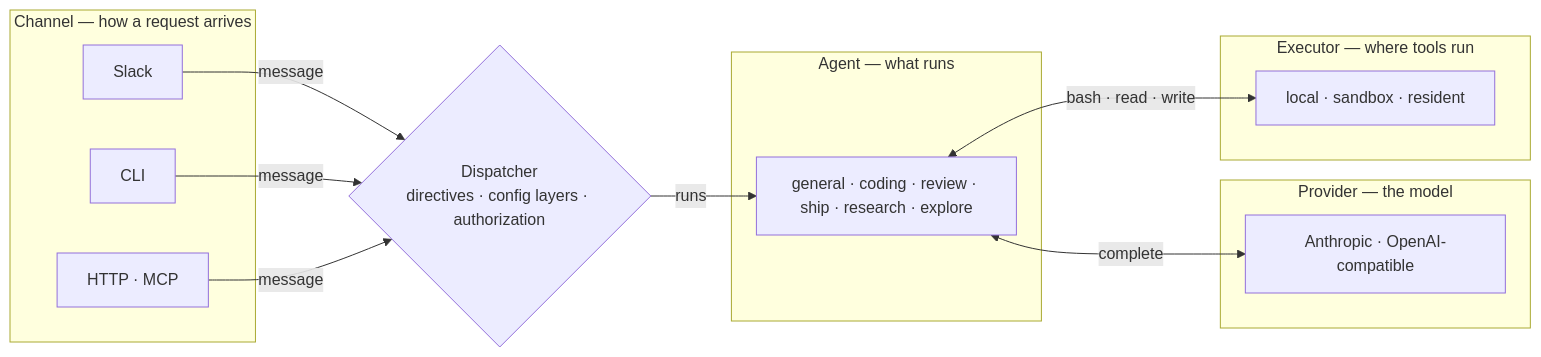
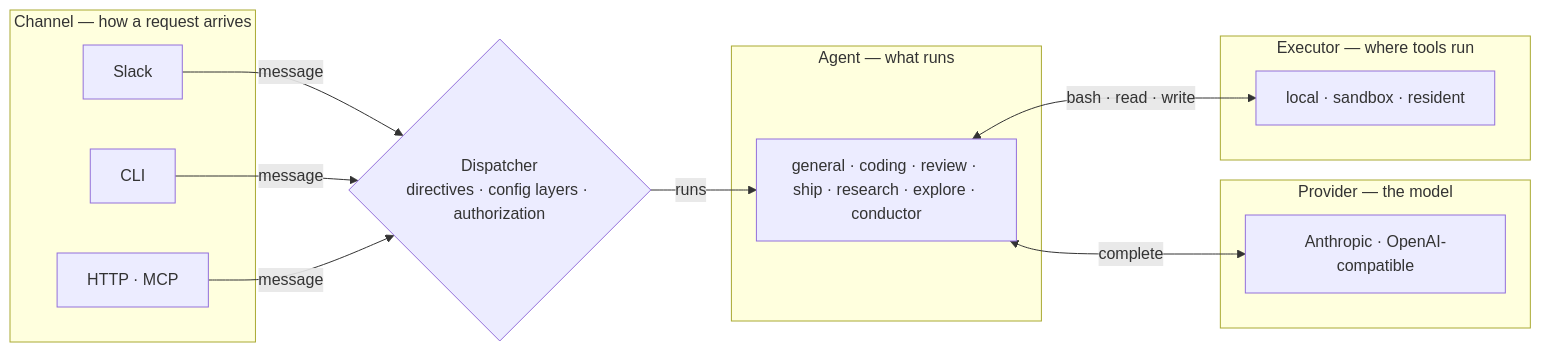
One commit to coreplanelabs/switchboard changed the diagram in README.md. Above: the diagram before and after it, drawn with Mermaid. The commit also changed 60 other files, not shown here.

````diff
--- a/README.md
+++ b/README.md
@@ -40,22 +40,22 @@
 ```mermaid
 flowchart LR
     subgraph channel ["Channel — how a request arrives"]
         C1["Slack"]
         C2["CLI"]
         C3["HTTP · MCP"]
     end
     D{"Dispatcher<br/>directives · config layers · authorization"}
     subgraph agent ["Agent — what runs"]
-        AG["general · coding · review · ship · research · explore"]
+        AG["general · coding · review · ship · research · explore · conductor"]
     end
     subgraph provider ["Provider — the model"]
         P["Anthropic · OpenAI-compatible"]
     end
     subgraph executor ["Executor — where tools run"]
         E["local · sandbox · resident"]
     end
     C1 & C2 & C3 -->|"message"| D
     D -->|"runs"| AG
     AG <-->|"complete"| P
     AG <-->|"bash · read · write"| E
 ```
````
